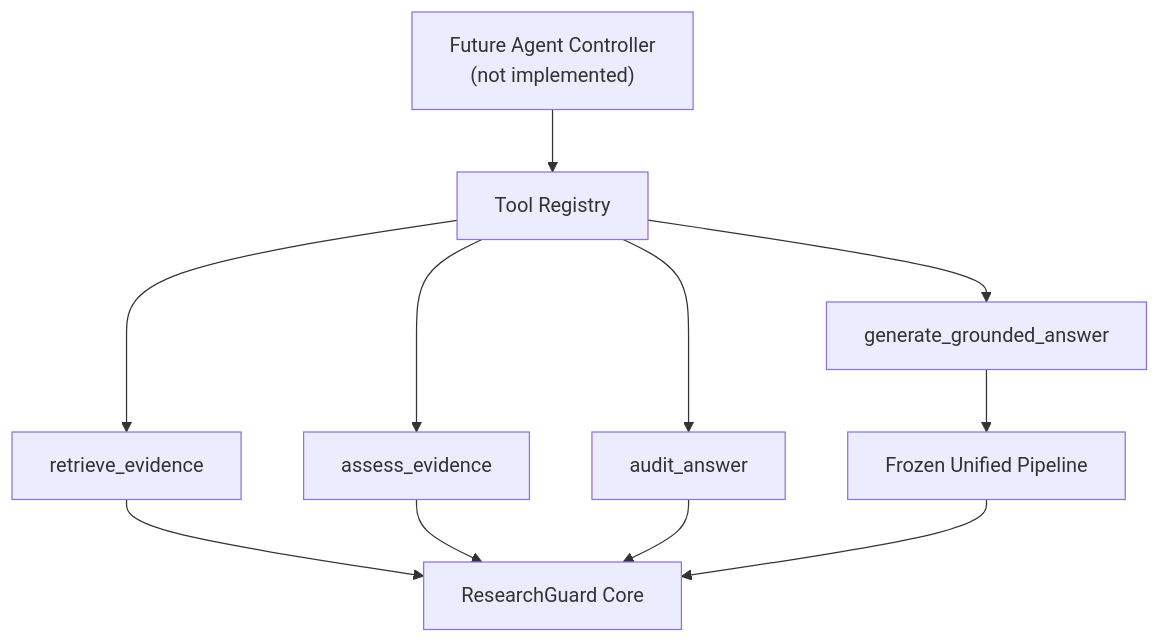
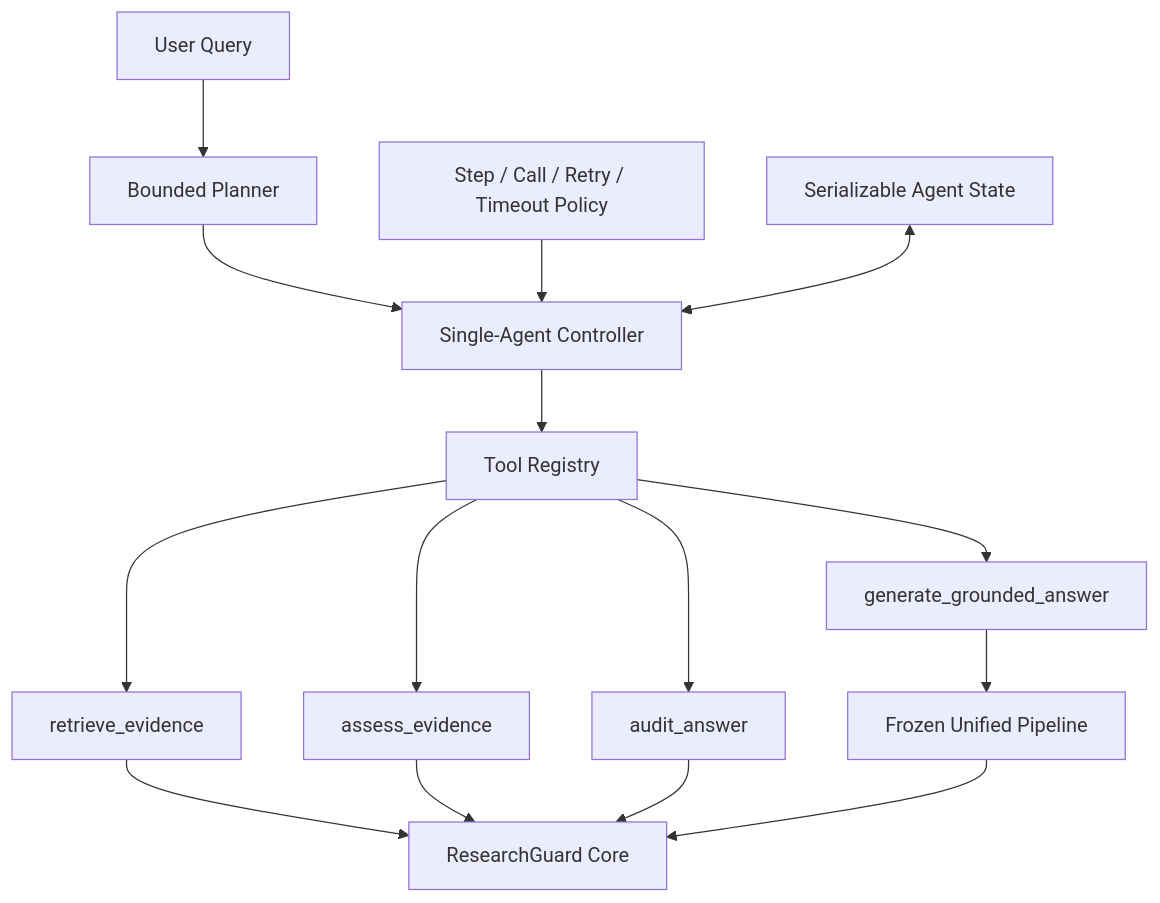
One commit to Xzh1844963039/ResearchGuard-Agent changed the second of 2 diagrams in README.md. Above: the diagram before and after it, drawn with Mermaid. The commit also changed other lines of this file and 11 other files, not shown here.

Commit message:
feat: add bounded research agent controller v1

````diff
--- a/README.md
+++ b/README.md
@@ -35,13 +35,17 @@
 ```mermaid
 flowchart TD
-    Controller["Future Agent Controller<br/>(not implemented)"] --> Registry["Tool Registry"]
+    Query["User Query"] --> Planner["Bounded Planner"]
+    Planner --> Controller["Single-Agent Controller"]
+    Policy["Step / Call / Retry / Timeout Policy"] --> Controller
+    State["Serializable Agent State"] <--> Controller
+    Controller --> Registry["Tool Registry"]
     Registry --> RetrievalTool["retrieve_evidence"]
     Registry --> EvidenceTool["assess_evidence"]
     Registry --> AnswerTool["generate_grounded_answer"]
     Registry --> AuditTool["audit_answer"]
     RetrievalTool --> Core["ResearchGuard Core"]
     EvidenceTool --> Core
     AnswerTool --> Pipeline["Frozen Unified Pipeline"]
     AuditTool --> Core
     Pipeline --> Core
 ```
````
